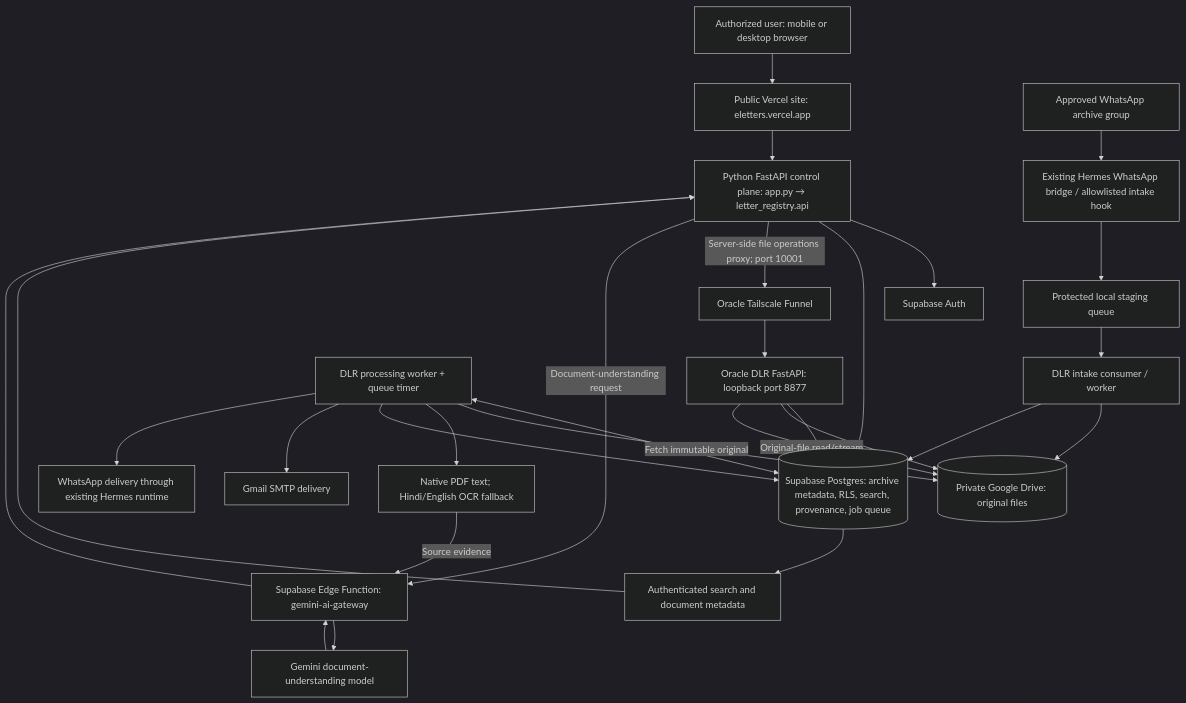
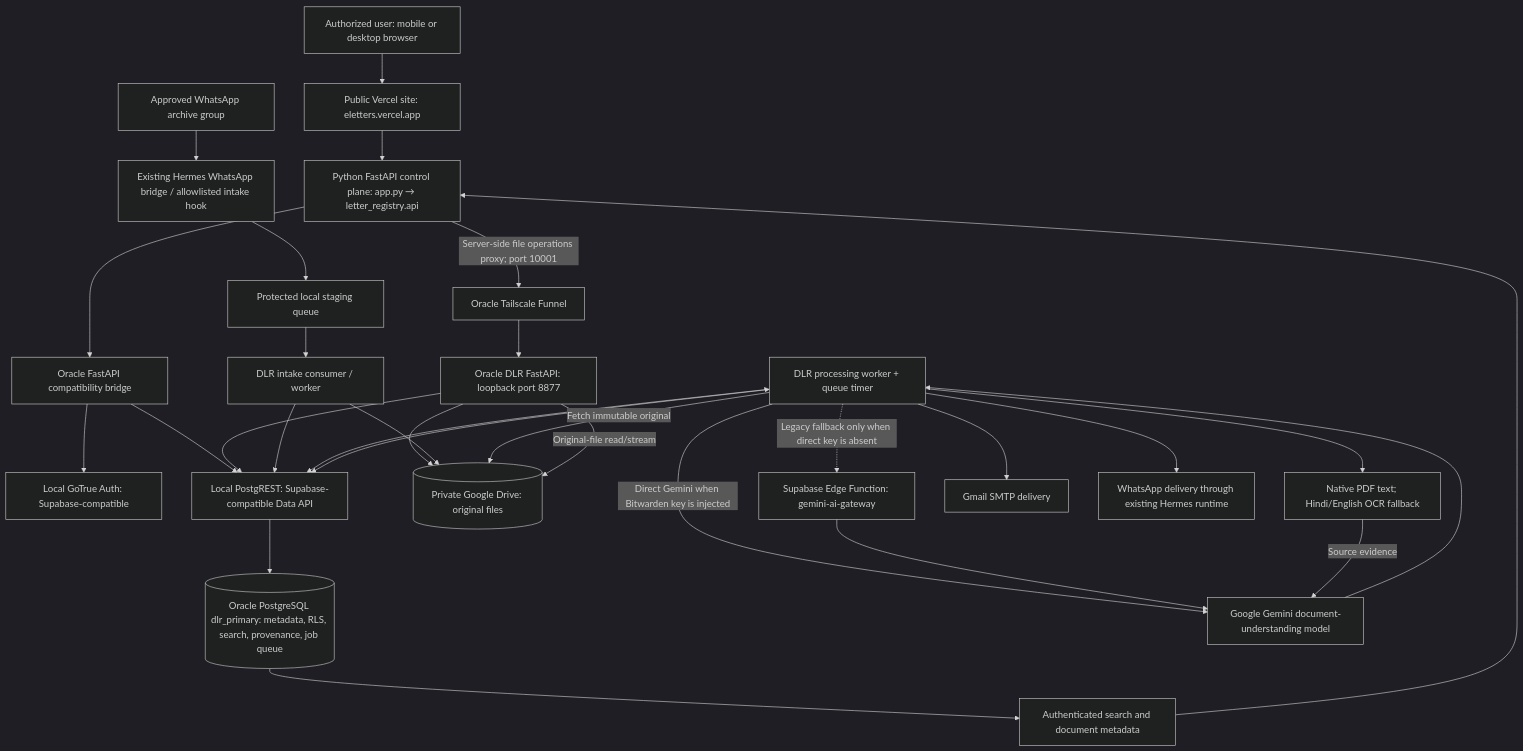
One commit to zzpsah/digital-letter-registry changed the diagram in docs/INFORMATION-FLOW-AND-DEPLOYMENT.md. Above: the diagram before and after it, drawn with Mermaid (dark theme). The commit also changed other lines of this file and 1 other file, not shown here.

Commit message:
docs: align architecture diagrams with Oracle PostgreSQL primary

```diff
--- a/docs/INFORMATION-FLOW-AND-DEPLOYMENT.md
+++ b/docs/INFORMATION-FLOW-AND-DEPLOYMENT.md
@@ -13,30 +13,32 @@
 ~~~mermaid
 flowchart TB
   U[Authorized user: mobile or desktop browser] --> SITE[Public Vercel site: eletters.vercel.app]
   SITE --> APP[Python FastAPI control plane: app.py → letter_registry.api]
-  APP --> AUTH[Supabase Auth]
-  APP --> DB[(Supabase Postgres: archive metadata, RLS, search, provenance, job queue)]
+  APP --> BRIDGE[Oracle FastAPI compatibility bridge]
+  BRIDGE --> AUTH[Local GoTrue Auth: Supabase-compatible]
+  BRIDGE --> REST[Local PostgREST: Supabase-compatible Data API]
+  REST --> DB[(Oracle PostgreSQL dlr_primary: metadata, RLS, search, provenance, job queue)]
   APP -->|Server-side file operations proxy; port 10001| FUNNEL[Oracle Tailscale Funnel]
   FUNNEL --> API[Oracle DLR FastAPI: loopback port 8877]
-  API --> DB
+  API --> REST
   API --> DRIVE[(Private Google Drive: original files)]
-  APP -->|Document-understanding request| GEM[Supabase Edge Function: gemini-ai-gateway]
-  GEM --> MODEL[Gemini document-understanding model]
-  MODEL --> GEM
-  GEM --> APP
+  WORKER -->|Direct Gemini when Bitwarden key is injected| MODEL[Google Gemini document-understanding model]
+  WORKER -.->|Legacy fallback only when direct key is absent| GEM[Supabase Edge Function: gemini-ai-gateway]
+  GEM --> MODEL
+  MODEL --> WORKER
   WA[Approved WhatsApp archive group] --> HERMES[Existing Hermes WhatsApp bridge / allowlisted intake hook]
   HERMES --> STAGE[Protected local staging queue]
   STAGE --> INTAKE[DLR intake consumer / worker]
   INTAKE --> DRIVE
-  INTAKE --> DB
-  WORKER[DLR processing worker + queue timer] <--> DB
+  INTAKE --> REST
+  WORKER[DLR processing worker + queue timer] <--> REST
   WORKER -->|Fetch immutable original| DRIVE
   WORKER --> EXTRACT[Native PDF text; Hindi/English OCR fallback]
-  EXTRACT -->|Source evidence| GEM
-  WORKER --> DB
+  EXTRACT -->|Source evidence| MODEL
+  WORKER --> REST
   DB --> SEARCH[Authenticated search and document metadata]
   SEARCH --> APP
   API -->|Original-file read/stream| DRIVE
   WORKER --> MAIL[Gmail SMTP delivery]
   WORKER --> WHATSAPP[WhatsApp delivery through existing Hermes runtime]
 ~~~
```
